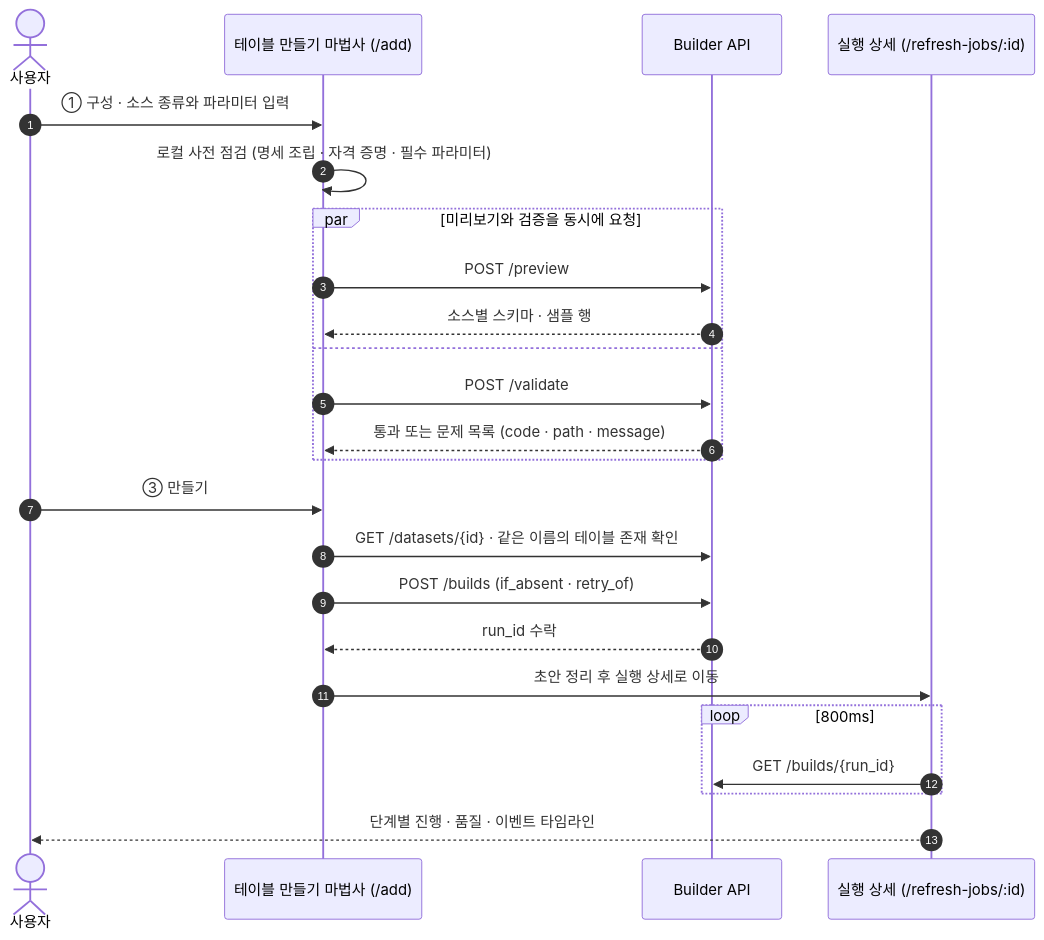
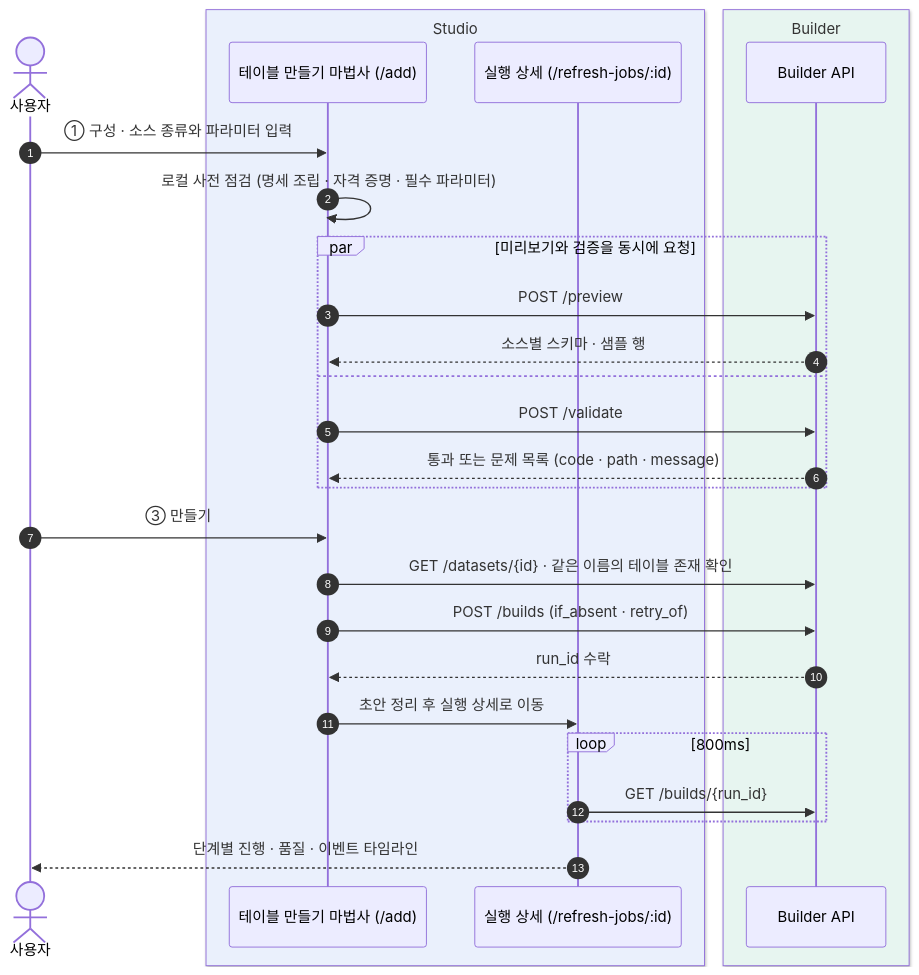
One commit to kpubdata-lab/kpubdata-reports changed the diagram in hanium-dreamup/figures/flow-create.mmd. Above: the diagram before and after it, drawn with Mermaid. The commit also changed 30 other files, not shown here.

First line of the commit message:
docs(hanium-dreamup): redraw the diagrams in a colour-coded style

```diff
--- a/hanium-dreamup/figures/flow-create.mmd
+++ b/hanium-dreamup/figures/flow-create.mmd
@@ -1,24 +1,28 @@
 sequenceDiagram
     autonumber
     actor U as 사용자
-    participant W as 테이블 만들기 마법사 (/add)
-    participant B as Builder API
-    participant R as 실행 상세 (/refresh-jobs/:id)
+    box rgb(234,240,252) Studio
+        participant W as 테이블 만들기 마법사 (/add)
+        participant R as 실행 상세 (/refresh-jobs/:id)
+    end
+    box rgb(231,245,240) Builder
+        participant B as Builder API
+    end
     U->>W: ① 구성 · 소스 종류와 파라미터 입력
     W->>W: 로컬 사전 점검 (명세 조립 · 자격 증명 · 필수 파라미터)
     par 미리보기와 검증을 동시에 요청
         W->>B: POST /preview
         B-->>W: 소스별 스키마 · 샘플 행
     and
         W->>B: POST /validate
         B-->>W: 통과 또는 문제 목록 (code · path · message)
     end
     U->>W: ③ 만들기
     W->>B: GET /datasets/{id} · 같은 이름의 테이블 존재 확인
     W->>B: POST /builds (if_absent · retry_of)
     B-->>W: run_id 수락
     W->>R: 초안 정리 후 실행 상세로 이동
     loop 800ms
         R->>B: GET /builds/{run_id}
     end
     R-->>U: 단계별 진행 · 품질 · 이벤트 타임라인
```
